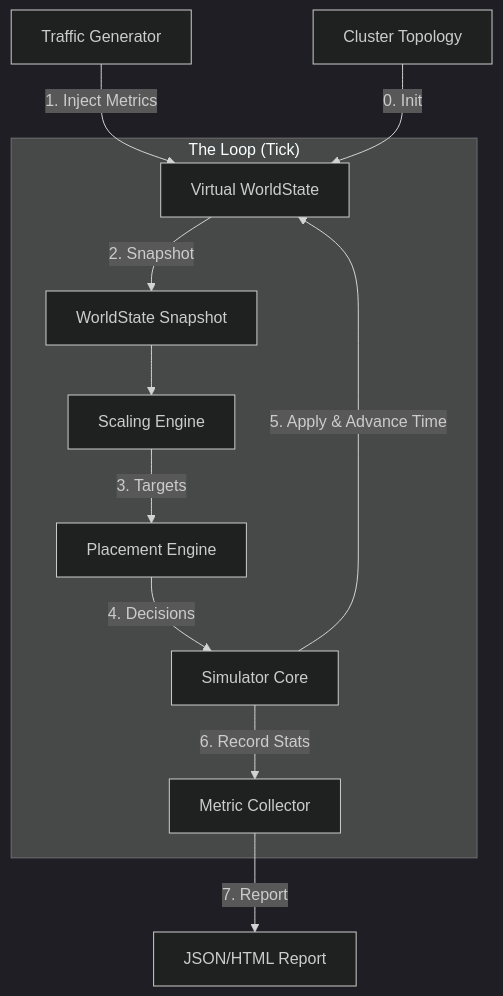
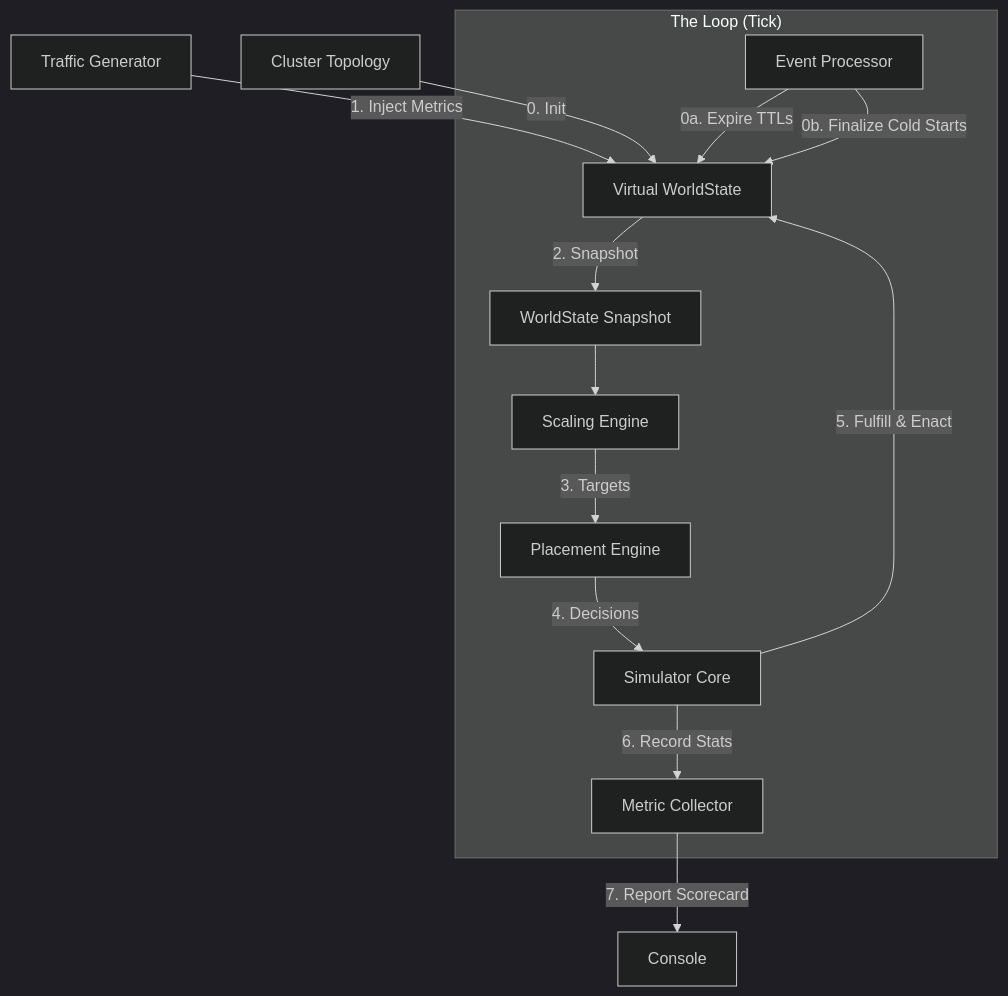
Before and after one commit to hsubbaraj/schedulator: the diagram in docs/planning-simulator.md, drawn with Mermaid (dark theme). The commit also changed other lines of this file and 8 other files, not shown here.

````diff
--- a/docs/planning-simulator.md
+++ b/docs/planning-simulator.md
@@ -28,17 +28,19 @@
 ```mermaid
 graph TD
     Traffic[Traffic Generator] -->|1. Inject Metrics| WS[Virtual WorldState]
     Config[Cluster Topology] -->|0. Init| WS
     
     subgraph "The Loop (Tick)"
+        SimProc[Event Processor] -->|0a. Expire TTLs| WS
+        SimProc -->|0b. Finalize Cold Starts| WS
         WS -->|2. Snapshot| Snap[WorldState Snapshot]
         Snap --> Scaling[Scaling Engine]
         Scaling -->|3. Targets| Placement[Placement Engine]
         Placement -->|4. Decisions| Sim[Simulator Core]
         
-        Sim -->|5. Apply & Advance Time| WS
+        Sim -->|5. Fulfill & Enact| WS
         Sim -->|6. Record Stats| Metrics[Metric Collector]
     end
     
-    Metrics -->|7. Report| Report[JSON/HTML Report]
+    Metrics -->|7. Report Scorecard| Console
 ```
````
